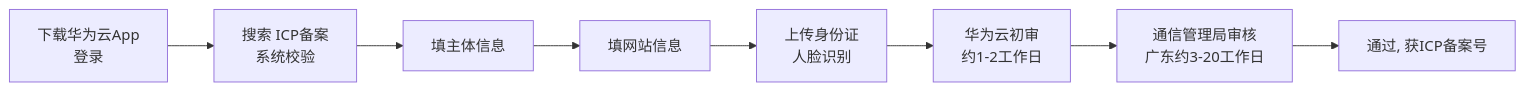
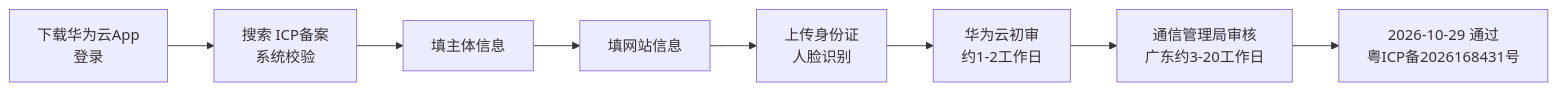
One commit to 10code2/MyCloud-Vault changed the second of 2 diagrams in 07 网站ICP备案.md. Above: the diagram before and after it, drawn with Mermaid. The commit also changed other lines of this file and 7 other files, not shown here.

````diff
--- a/07 网站ICP备案.md
+++ b/07 网站ICP备案.md
@@ -93,10 +96,10 @@
 ```mermaid
 flowchart LR
     A[下载华为云App<br/>登录] --> B[搜索 ICP备案<br/>系统校验]
     B --> C[填主体信息]
     C --> D[填网站信息]
     D --> E[上传身份证<br/>人脸识别]
     E --> F[华为云初审<br/>约1-2工作日]
     F --> G[通信管理局审核<br/>广东约3-20工作日]
-    G --> H[通过, 获ICP备案号]
+    G --> H[2026-10-29 通过<br/>粤ICP备2026168431号]
 ```
````
